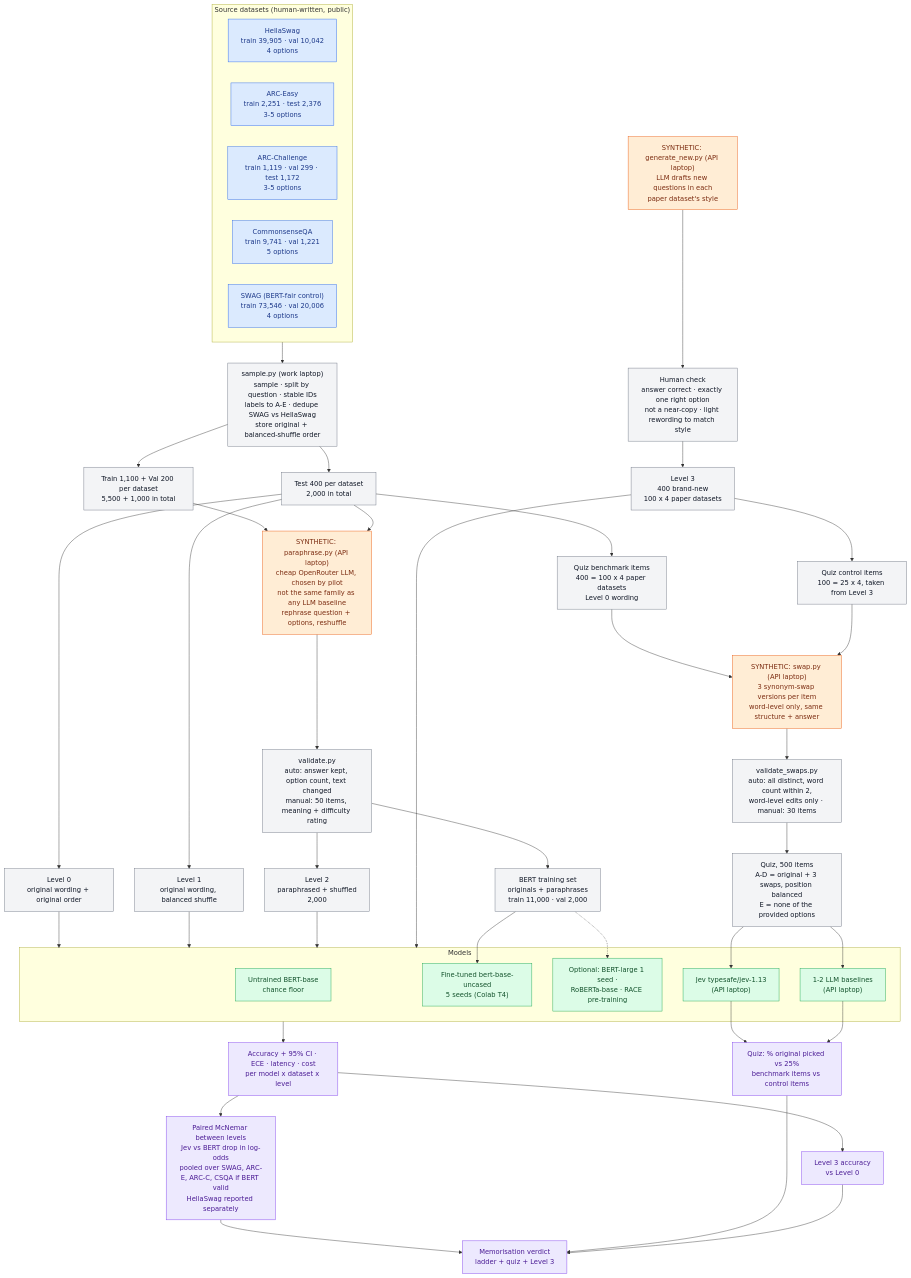
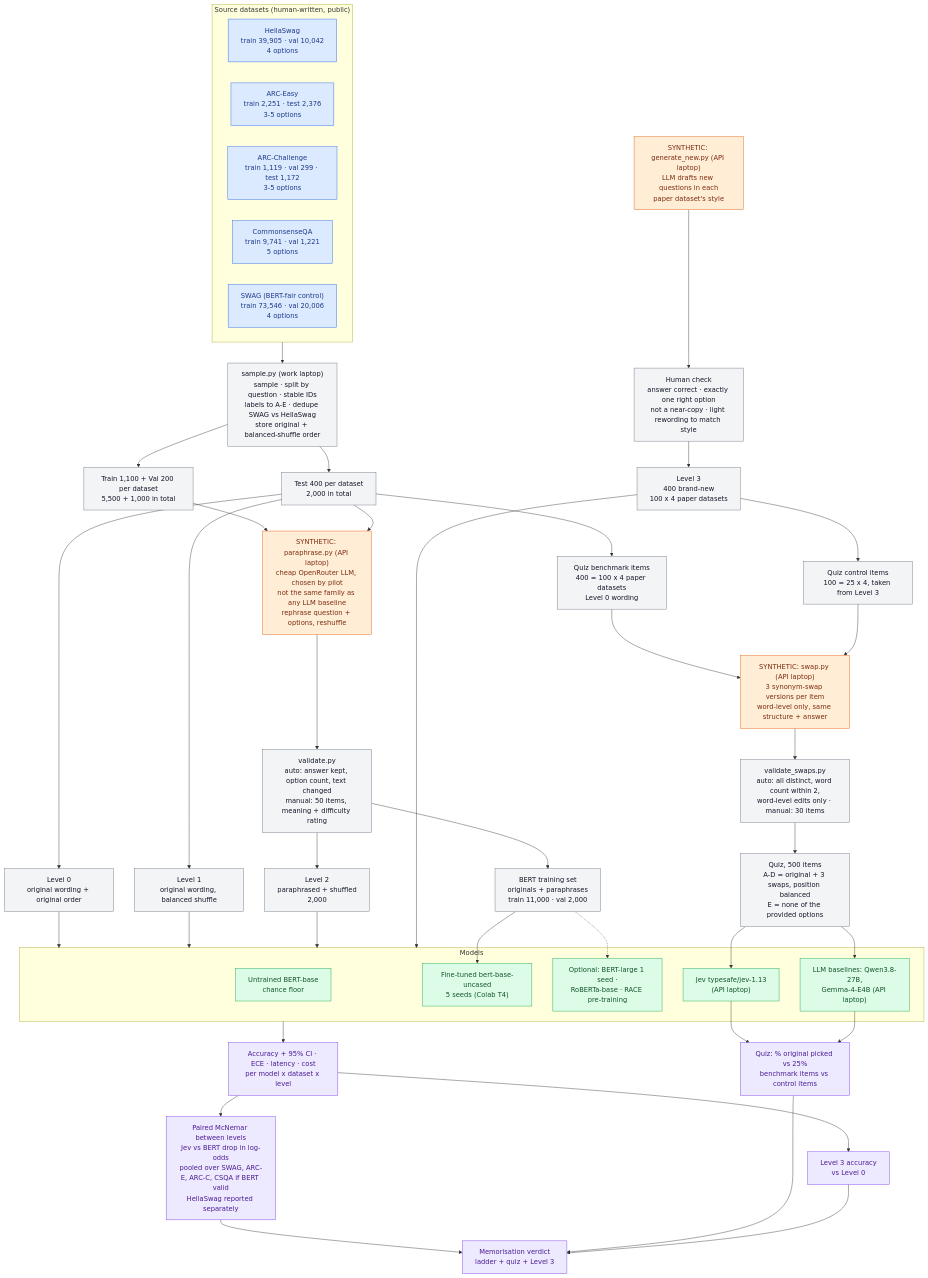
The diagram in docs/experiment-flow.mmd (am3lia-low/jev-project), drawn with Mermaid before and after one commit. The commit also changed 3 other files, not shown here.

```diff
--- a/docs/experiment-flow.mmd
+++ b/docs/experiment-flow.mmd
@@ -1,77 +1,77 @@
 flowchart TD
     %% ---------- Source datasets (human-written) ----------
     subgraph SRC["Source datasets (human-written, public)"]
         HS["HellaSwag<br/>train 39,905 · val 10,042<br/>4 options"]
         AE["ARC-Easy<br/>train 2,251 · test 2,376<br/>3-5 options"]
         AC["ARC-Challenge<br/>train 1,119 · val 299 · test 1,172<br/>3-5 options"]
         CQ["CommonsenseQA<br/>train 9,741 · val 1,221<br/>5 options"]
         SW["SWAG (BERT-fair control)<br/>train 73,546 · val 20,006<br/>4 options"]
     end
 
     %% ---------- Sampling (scripted) ----------
     SRC --> SAMPLE["sample.py (work laptop)<br/>sample · split by question · stable IDs<br/>labels to A-E · dedupe SWAG vs HellaSwag<br/>store original + balanced-shuffle order"]
     SAMPLE --> TRV["Train 1,100 + Val 200 per dataset<br/>5,500 + 1,000 in total"]
     SAMPLE --> TEST["Test 400 per dataset<br/>2,000 in total"]
 
     %% ---------- Levels 0 and 1 (scripted) ----------
     TEST --> L0["Level 0<br/>original wording + original order"]
     TEST --> L1["Level 1<br/>original wording, balanced shuffle"]
 
     %% ---------- Synthetic: paraphrases ----------
     TRV --> PARA["SYNTHETIC: paraphrase.py (API laptop)<br/>cheap OpenRouter LLM, chosen by pilot<br/>not the same family as any LLM baseline<br/>rephrase question + options, reshuffle"]
     TEST --> PARA
     PARA --> VPARA["validate.py<br/>auto: answer kept, option count, text changed<br/>manual: 50 items, meaning + difficulty rating"]
     VPARA --> L2["Level 2<br/>paraphrased + shuffled<br/>2,000"]
     VPARA --> TRAINSET["BERT training set<br/>originals + paraphrases<br/>train 11,000 · val 2,000"]
 
     %% ---------- Synthetic: brand-new questions ----------
     GEN["SYNTHETIC: generate_new.py (API laptop)<br/>LLM drafts new questions in each<br/>paper dataset's style"] --> HNEW["Human check<br/>answer correct · exactly one right option<br/>not a near-copy · light rewording to match style"]
     HNEW --> L3["Level 3<br/>400 brand-new<br/>100 x 4 paper datasets"]
 
     %% ---------- Synthetic: memorisation quiz ----------
     TEST --> QSEL["Quiz benchmark items<br/>400 = 100 x 4 paper datasets<br/>Level 0 wording"]
     L3 --> QCTRL["Quiz control items<br/>100 = 25 x 4, taken from Level 3"]
     QSEL --> SWAP["SYNTHETIC: swap.py (API laptop)<br/>3 synonym-swap versions per item<br/>word-level only, same structure + answer"]
     QCTRL --> SWAP
     SWAP --> VSWAP["validate_swaps.py<br/>auto: all distinct, word count within 2,<br/>word-level edits only · manual: 30 items"]
     VSWAP --> QUIZ["Quiz, 500 items<br/>A-D = original + 3 swaps, position balanced<br/>E = none of the provided options"]
 
     %% ---------- Models ----------
     subgraph MODELS["Models"]
         BERTU["Untrained BERT-base<br/>chance floor"]
         BERTFT["Fine-tuned bert-base-uncased<br/>5 seeds (Colab T4)"]
         OPT["Optional: BERT-large 1 seed ·<br/>RoBERTa-base · RACE pre-training"]
         JEV["Jev typesafe/jev-1.13<br/>(API laptop)"]
-        LLM["1-2 LLM baselines<br/>(API laptop)"]
+        LLM["LLM baselines: Qwen3.8-27B,<br/>Gemma-4-E4B (API laptop)"]
     end
     TRAINSET --> BERTFT
     TRAINSET -.-> OPT
 
     L0 --> MODELS
     L1 --> MODELS
     L2 --> MODELS
     L3 --> MODELS
     QUIZ --> JEV
     QUIZ --> LLM
 
     %% ---------- Results ----------
     MODELS --> R1["Accuracy + 95% CI · ECE · latency · cost<br/>per model x dataset x level"]
     R1 --> R2["Paired McNemar between levels<br/>Jev vs BERT drop in log-odds<br/>pooled over SWAG, ARC-E, ARC-C, CSQA if BERT valid<br/>HellaSwag reported separately"]
     JEV --> R3["Quiz: % original picked vs 25%<br/>benchmark items vs control items"]
     LLM --> R3
     R1 --> R4["Level 3 accuracy<br/>vs Level 0"]
     R2 --> FINAL["Memorisation verdict<br/>ladder + quiz + Level 3"]
     R3 --> FINAL
     R4 --> FINAL
 
     %% ---------- Styles ----------
     classDef human fill:#dbeafe,stroke:#2563eb,color:#1e3a8a
     classDef synth fill:#ffedd5,stroke:#ea580c,color:#7c2d12
     classDef script fill:#f3f4f6,stroke:#6b7280,color:#111827
     classDef model fill:#dcfce7,stroke:#16a34a,color:#14532d
     classDef result fill:#ede9fe,stroke:#7c3aed,color:#4c1d95
     class HS,AE,AC,CQ,SW human
     class PARA,GEN,SWAP synth
     class SAMPLE,TRV,TEST,L0,L1,L2,L3,TRAINSET,VPARA,HNEW,QSEL,QCTRL,VSWAP,QUIZ script
     class BERTU,BERTFT,OPT,JEV,LLM model
     class R1,R2,R3,R4,FINAL result
```
